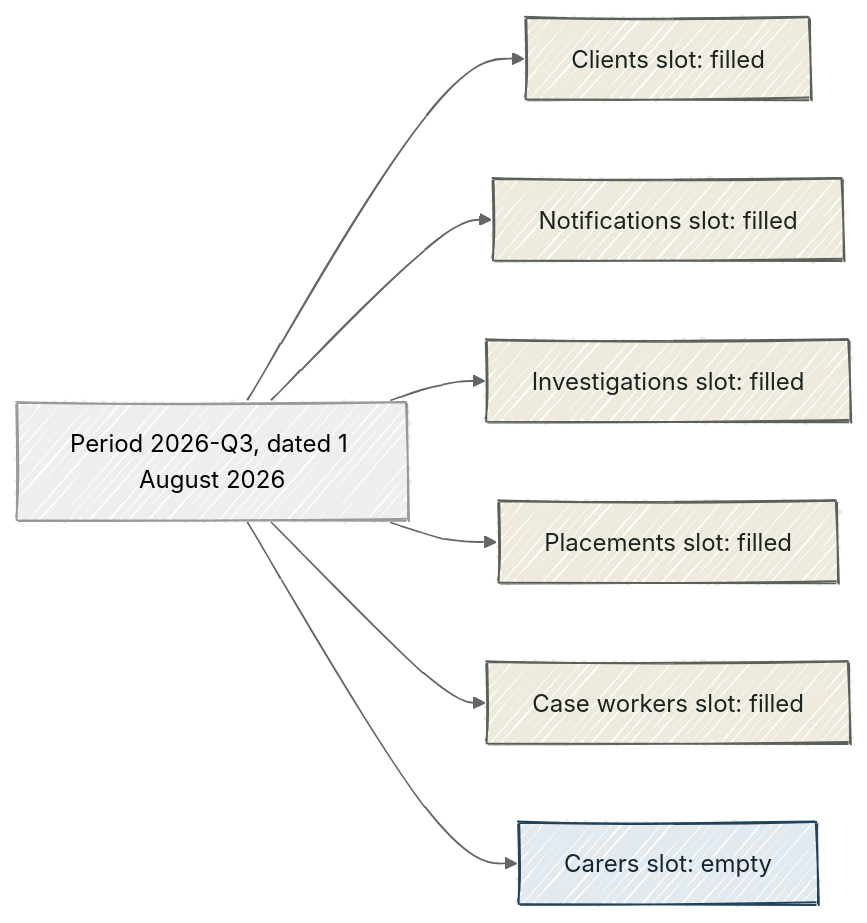
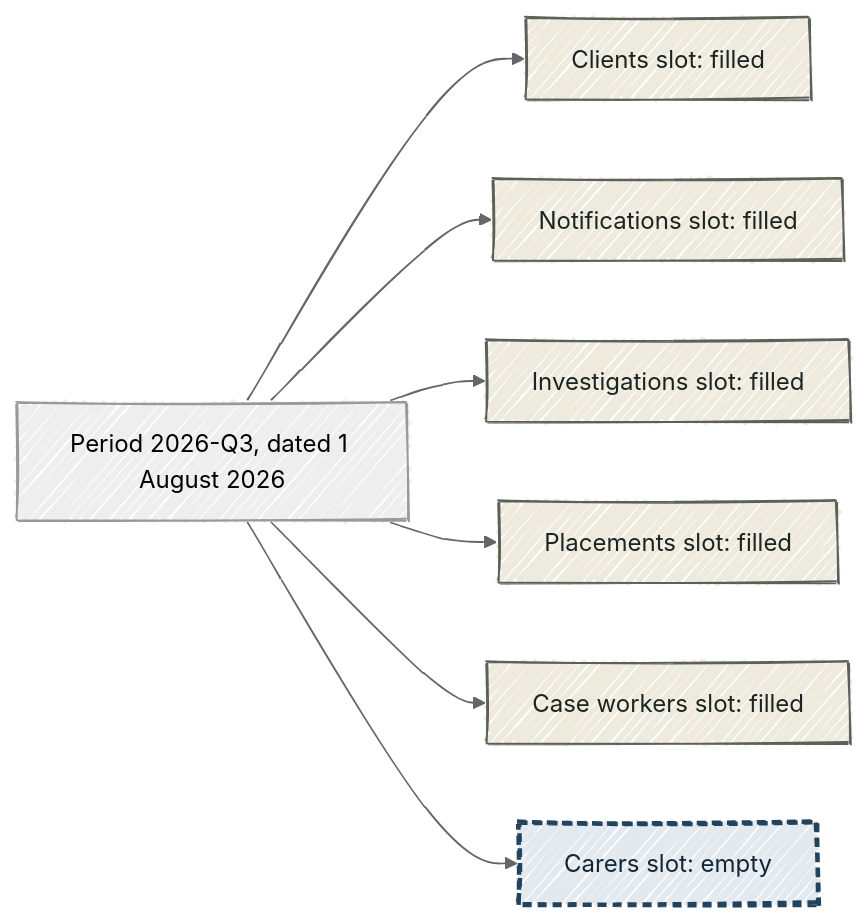
One commit to keithamoss/data-poc changed the diagram in .claude/skills/explain/evals/clean.md. Above: the diagram before and after it, drawn with Mermaid. The commit also changed other lines of this file and 6 other files, not shown here.

````diff
--- a/.claude/skills/explain/evals/clean.md
+++ b/.claude/skills/explain/evals/clean.md
@@ -52,21 +55,21 @@
 ```mermaid
 ---
 config:
   look: handDrawn
   handDrawnSeed: 42
   theme: neutral
 ---
 flowchart LR
   accTitle: All 6 Child Protection tables have a slot in 2026-Q3, and only the carers slot is still empty.
   accDescr: All 6 Child Protection tables have a slot in 2026-Q3, and only the carers slot is still empty.
   P["Period 2026-Q3, dated 1 August 2026"] --> A["Clients slot: filled"]
   P --> B["Notifications slot: filled"]
   P --> C["Investigations slot: filled"]
   P --> D["Placements slot: filled"]
   P --> E["Case workers slot: filled"]
   P --> F["Carers slot: empty"]
   classDef filled fill:#EEEADD,stroke:#5B6058,color:#1B2420
-  classDef empty fill:#E3EAEF,stroke:#23425C,color:#132635
+  classDef empty fill:#E3EAEF,stroke:#23425C,color:#132635,stroke-width:3px,stroke-dasharray:6 4
   class A,B,C,D,E filled
   class F empty
 ```
````
